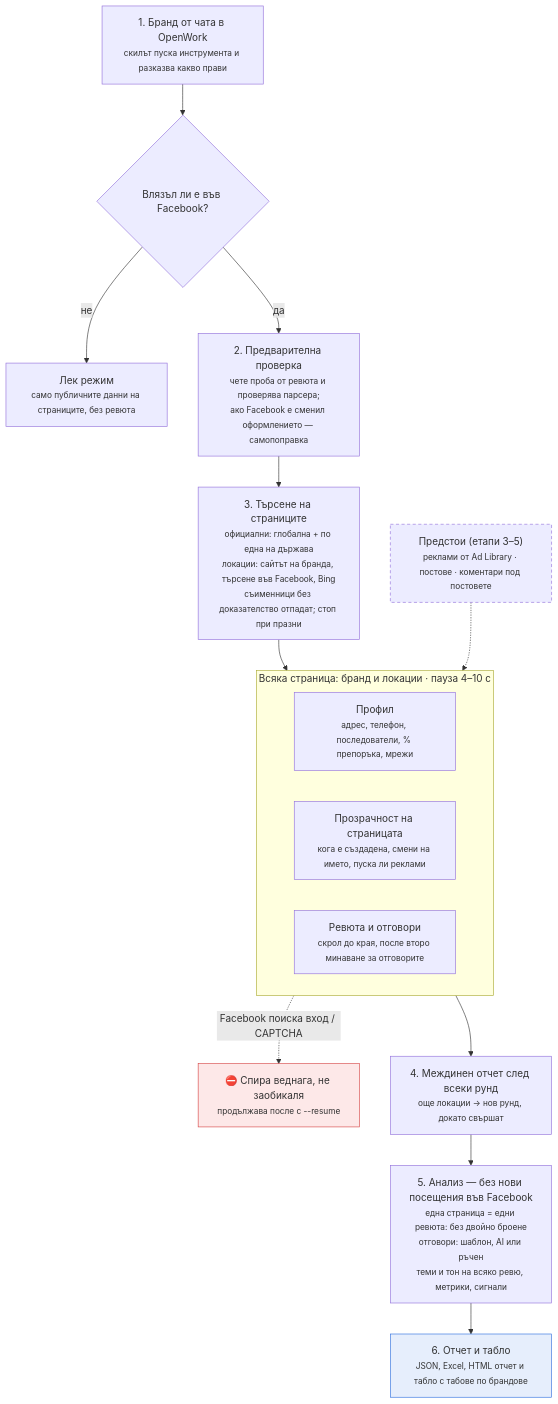
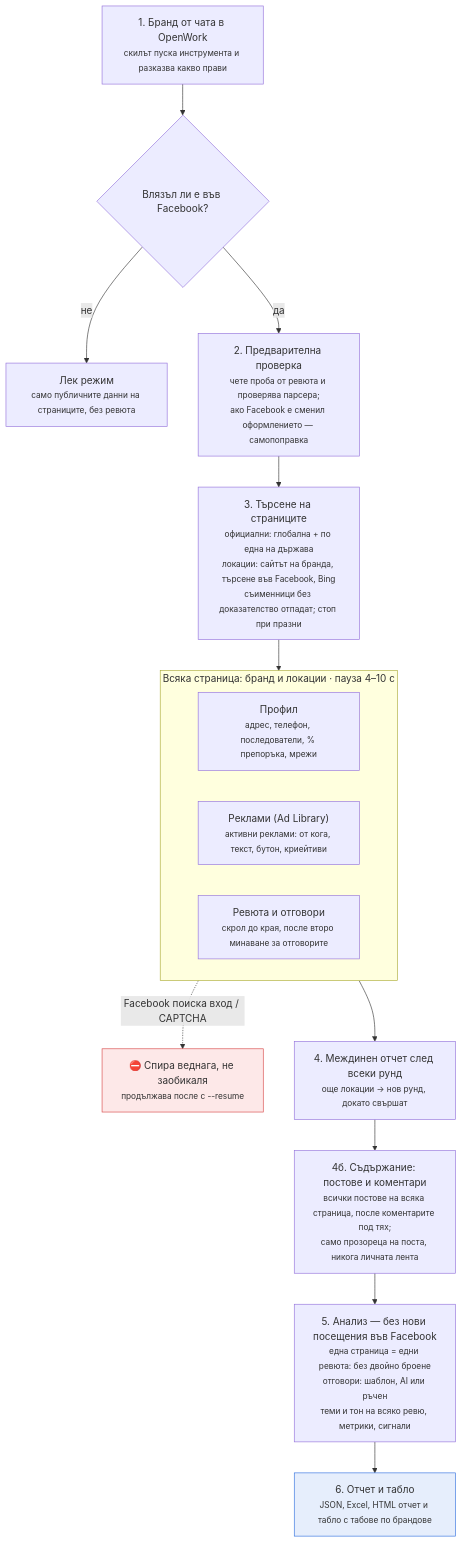
The diagram in docs/brand-profile.md (SabevShopmetrics/fb-brand-reviews), drawn with Mermaid before and after one commit. The commit also changed other lines of this file and 14 other files, not shown here.

````diff
--- a/docs/brand-profile.md
+++ b/docs/brand-profile.md
@@ -23,22 +23,22 @@
 ```mermaid
 flowchart TD
     A["1. Бранд от чата в OpenWork<br/><small>скилът пуска инструмента и разказва какво прави</small>"] --> B{"Влязъл ли е във Facebook?"}
     B -- не --> L["Лек режим<br/><small>само публичните данни на страниците, без ревюта</small>"]
     B -- да --> C["2. Предварителна проверка<br/><small>чете проба от ревюта и проверява парсера;<br/>ако Facebook е сменил оформлението — самопоправка</small>"]
     C --> D["3. Търсене на страниците<br/><small>официални: глобална + по една на държава<br/>локации: сайтът на бранда, търсене във Facebook, Bing<br/>съименници без доказателство отпадат; стоп при празни</small>"]
     D --> P
     subgraph P["Всяка страница: бранд и локации · пауза 4–10 с"]
         P1["Профил<br/><small>адрес, телефон, последователи, % препоръка, мрежи</small>"]
-        P2["Прозрачност на страницата<br/><small>кога е създадена, смени на името, пуска ли реклами</small>"]
+        P2["Реклами (Ad Library)<br/><small>активни реклами: от кога, текст, бутон, криейтиви</small>"]
         P3["Ревюта и отговори<br/><small>скрол до края, после второ минаване за отговорите</small>"]
     end
     P -. "Facebook поиска вход / CAPTCHA" .-> S["⛔ Спира веднага, не заобикаля<br/><small>продължава после с --resume</small>"]
-    F["Предстои (етапи 3–5)<br/><small>реклами от Ad Library · постове · коментари под постовете</small>"] -.-> P
     P --> R["4. Междинен отчет след всеки рунд<br/><small>още локации → нов рунд, докато свършат</small>"]
-    R --> N["5. Анализ — без нови посещения във Facebook<br/><small>една страница = едни ревюта: без двойно броене<br/>отговори: шаблон, AI или ръчен<br/>теми и тон на всяко ревю, метрики, сигнали</small>"]
+    R --> F["4б. Съдържание: постове и коментари<br/><small>всички постове на всяка страница, после коментарите под тях;<br/>само прозореца на поста, никога личната лента</small>"]
+    F --> N["5. Анализ — без нови посещения във Facebook<br/><small>една страница = едни ревюта: без двойно броене<br/>отговори: шаблон, AI или ръчен<br/>теми и тон на всяко ревю, метрики, сигнали</small>"]
     N --> O["6. Отчет и табло<br/><small>JSON, Excel, HTML отчет и табло с табове по брандове</small>"]
     classDef stop fill:#fde8e8,stroke:#d64545;
     classDef plan stroke-dasharray: 5 4;
     classDef out fill:#e6eefc,stroke:#2f6fde;
-    class S stop; class F plan; class O out;
+    class S stop; class O out;
 ```
````
